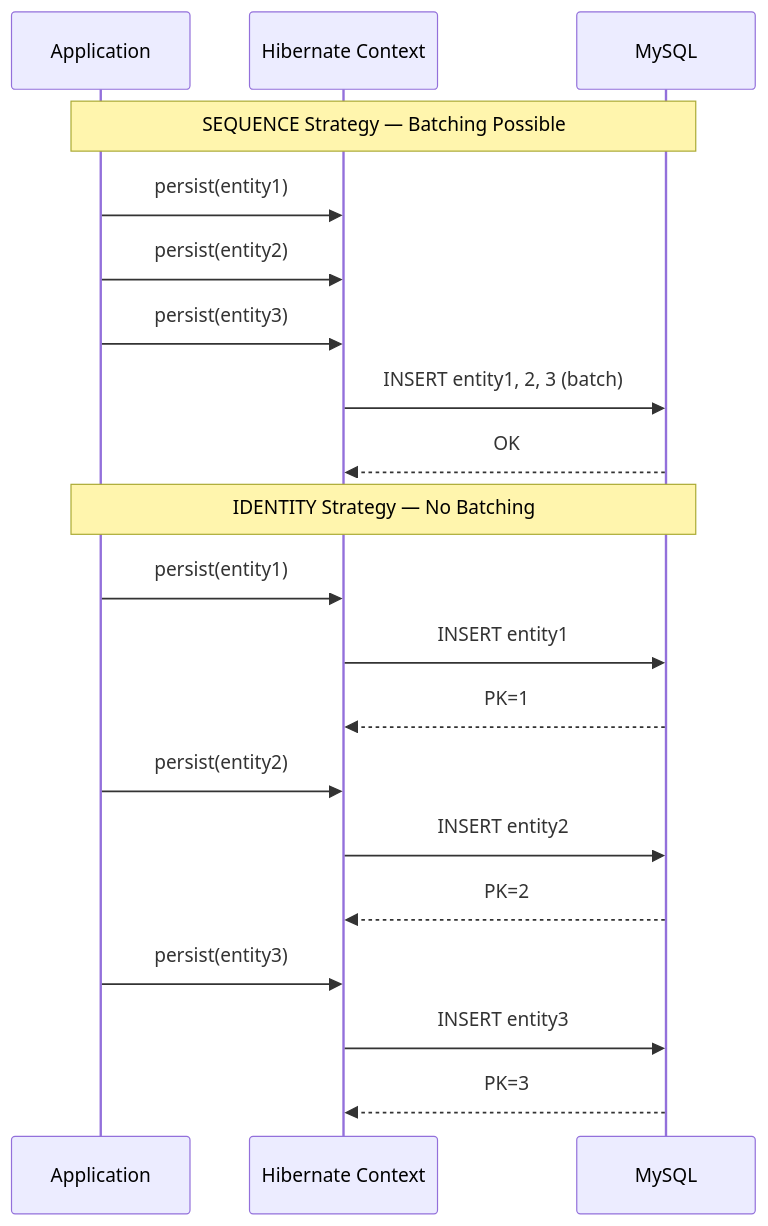
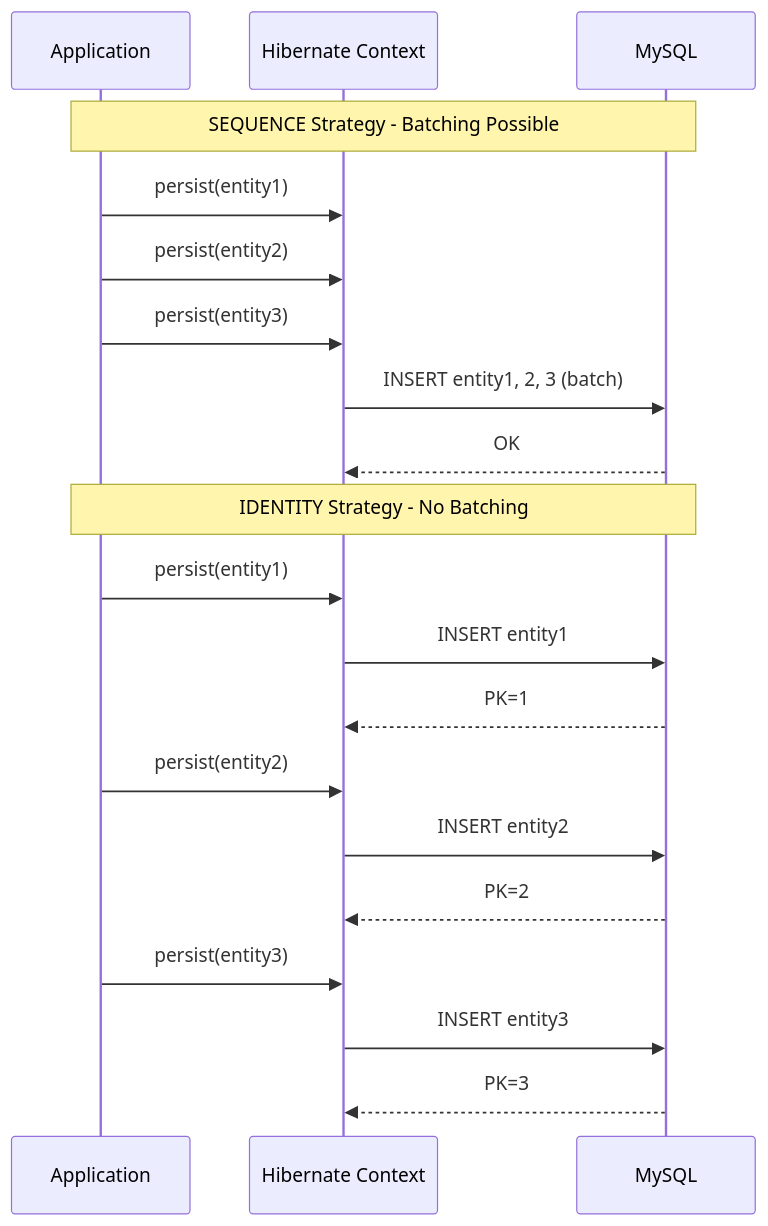
One commit to theminjunchoi/theminjunchoi.github.io changed the diagram in contents/posts/zzol/to_bulk_insert.md. Above: the diagram before and after it, drawn with Mermaid. The commit also changed other lines of this file and 12 other files, not shown here.

````diff
--- a/contents/posts/zzol/to_bulk_insert.md
+++ b/contents/posts/zzol/to_bulk_insert.md
@@ -116,24 +116,24 @@
 ```mermaid
 sequenceDiagram
     participant App as Application
     participant HC as Hibernate Context
     participant DB as MySQL
 
-    Note over App,DB: SEQUENCE Strategy — Batching Possible
+    Note over App,DB: SEQUENCE Strategy - Batching Possible
     App->>HC: persist(entity1)
     App->>HC: persist(entity2)
     App->>HC: persist(entity3)
     HC->>DB: INSERT entity1, 2, 3 (batch)
     DB-->>HC: OK
 
-    Note over App,DB: IDENTITY Strategy — No Batching
+    Note over App,DB: IDENTITY Strategy - No Batching
     App->>HC: persist(entity1)
     HC->>DB: INSERT entity1
     DB-->>HC: PK=1
     App->>HC: persist(entity2)
     HC->>DB: INSERT entity2
     DB-->>HC: PK=2
     App->>HC: persist(entity3)
     HC->>DB: INSERT entity3
     DB-->>HC: PK=3
 ```
````
